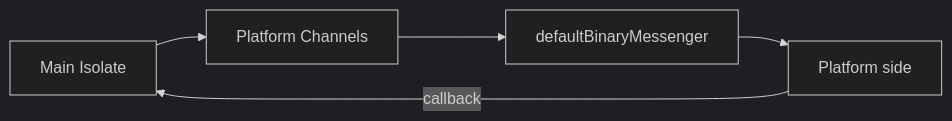
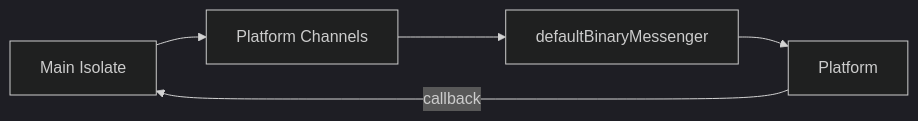
One commit to sensuikan1973/flutter_expensive_native_embedding_journey changed the second of 2 diagrams in slide/pages/journey_platform-specific_APIs.md. Above: the diagram before and after it, drawn with Mermaid (dark theme).

````diff
--- a/slide/pages/journey_platform-specific_APIs.md
+++ b/slide/pages/journey_platform-specific_APIs.md
@@ -66,7 +66,7 @@
 ```mermaid
 flowchart LR
     U1["Main#32;Isolate"] --> P["Platform#32;Channels"]
     P --> D["defaultBinaryMessenger"]
-    D --> P2["Platform side"]
+    D --> P2["Platform"]
     P2 -->|callback| U1
 ```
````
